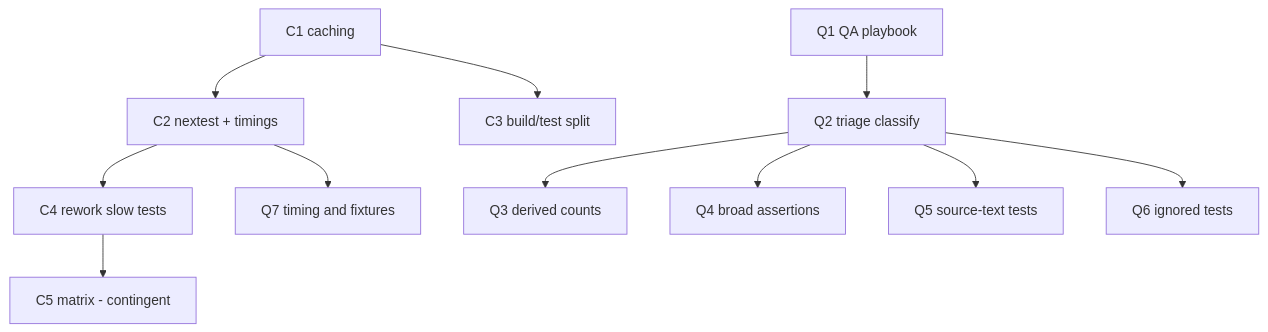
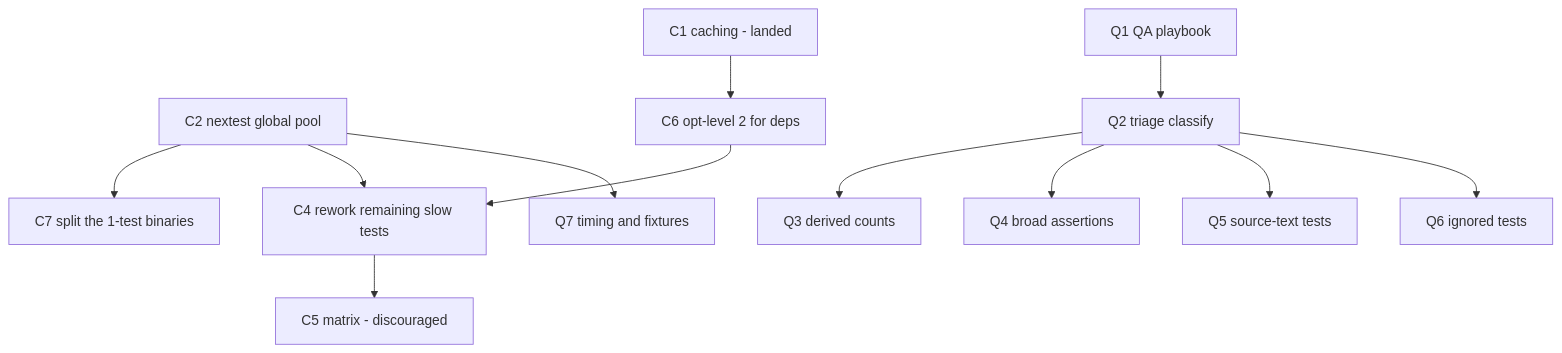
The diagram in docs/program/11-test-suite-and-ci-remediation.md (ken-topos/ken), drawn with Mermaid before and after one commit. The commit also changed other lines of this file and 6 other files, not shown here.

````diff
--- a/docs/program/11-test-suite-and-ci-remediation.md
+++ b/docs/program/11-test-suite-and-ci-remediation.md
@@ -125,26 +196,28 @@
 ```mermaid
 flowchart TD
-    C1[C1 caching]
-    C2[C2 nextest + timings]
-    C3[C3 build/test split]
-    C4[C4 rework slow tests]
-    C5[C5 matrix - contingent]
+    C1[C1 caching - landed]
+    C2[C2 nextest global pool]
+    C6[C6 opt-level 2 for deps]
+    C7[C7 split the 1-test binaries]
+    C4[C4 rework remaining slow tests]
+    C5[C5 matrix - discouraged]
     Q1[Q1 QA playbook]
     Q2[Q2 triage classify]
     Q3[Q3 derived counts]
     Q4[Q4 broad assertions]
     Q5[Q5 source-text tests]
     Q6[Q6 ignored tests]
     Q7[Q7 timing and fixtures]
 
-    C1 --> C2
+    C1 --> C6
+    C2 --> C7
     C2 --> C4
-    C1 --> C3
+    C6 --> C4
     C4 --> C5
     C2 --> Q7
     Q1 --> Q2
     Q2 --> Q3
     Q2 --> Q4
     Q2 --> Q5
     Q2 --> Q6
 ```
````
